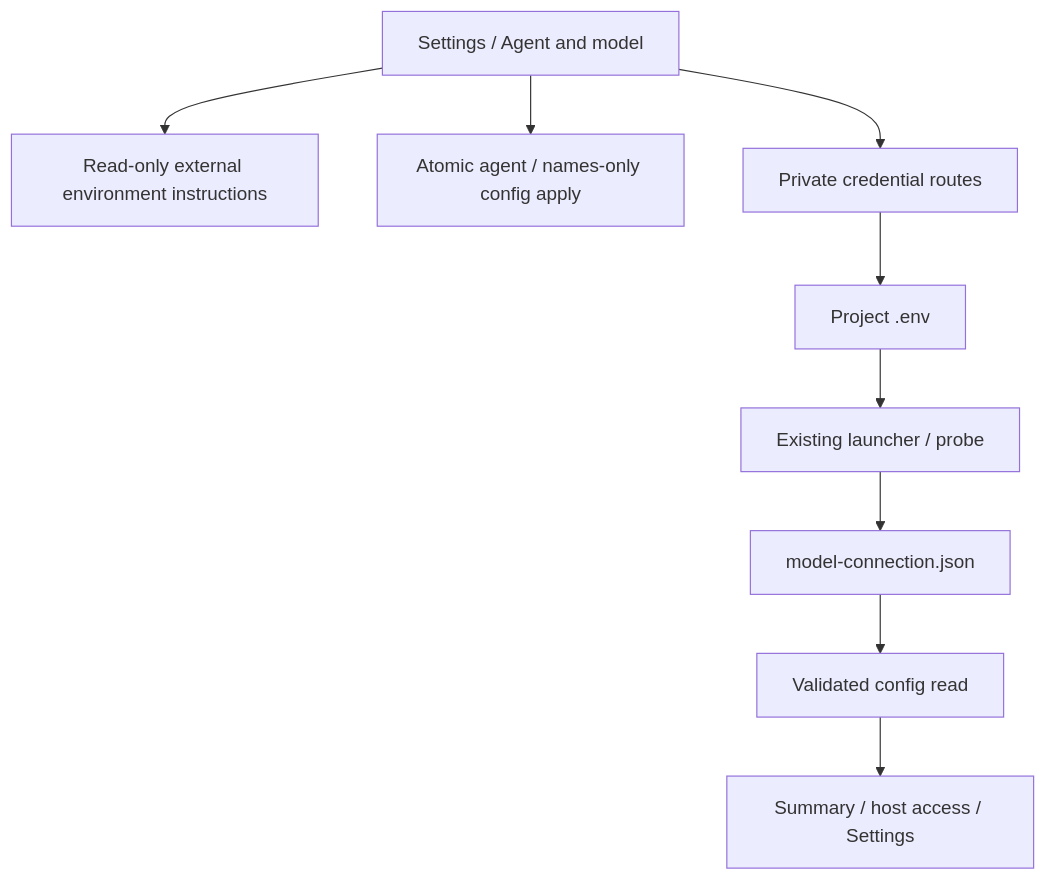
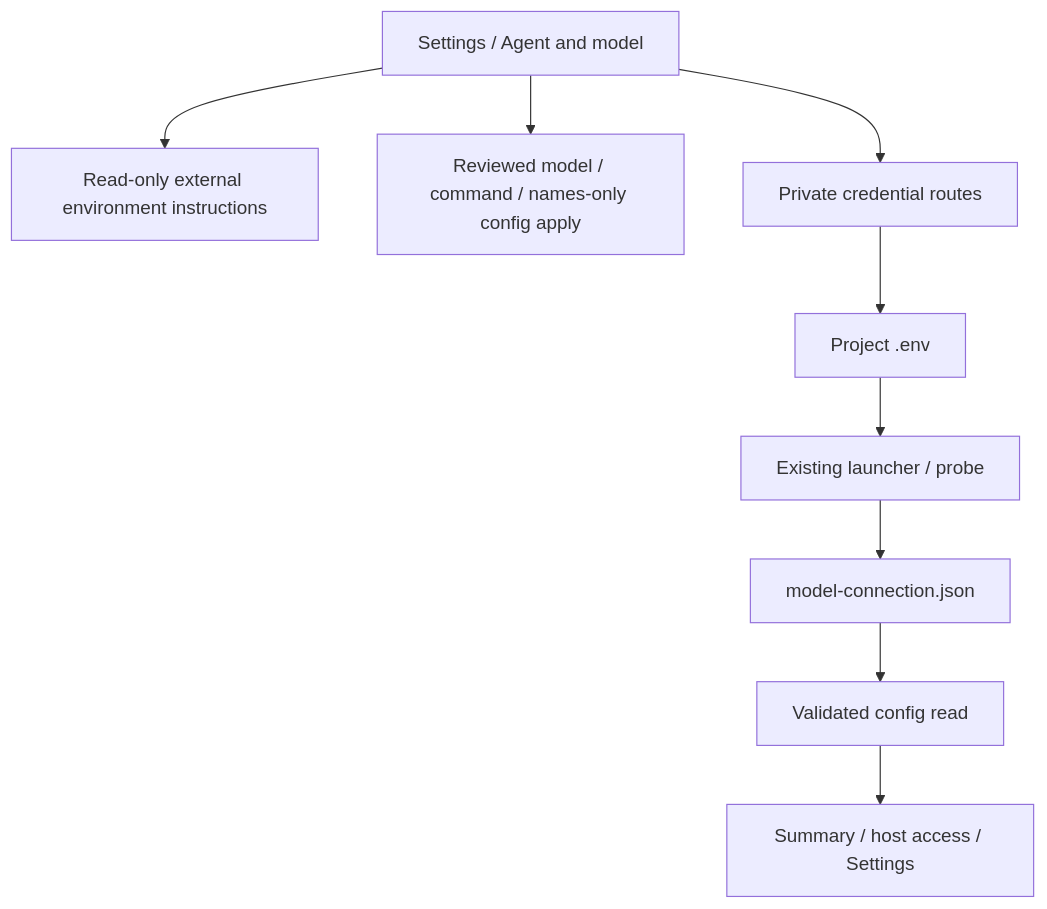
One commit to DDP-Engineering/AgenticDeliveryOrchestratorRuntimeEngine changed the diagram in .agentic/knowledge/executor-configuration.md. Above: the diagram before and after it, drawn with Mermaid. The commit also changed other lines of this file and 184 other files, not shown here.

````diff
--- a/.agentic/knowledge/executor-configuration.md
+++ b/.agentic/knowledge/executor-configuration.md
@@ -47,11 +47,11 @@
 ```mermaid
 flowchart TD
     Tab[Settings / Agent and model] --> Guide[Read-only external environment instructions]
-    Tab --> Candidate[Atomic agent / names-only config apply]
+    Tab --> Candidate[Reviewed model / command / names-only config apply]
     Tab --> Credentials[Private credential routes]
     Credentials --> Env[Project .env]
     Env --> Launcher[Existing launcher / probe]
     Launcher --> Evidence[model-connection.json]
     Evidence --> Config[Validated config read]
     Config --> Summary[Summary / host access / Settings]
 ```
````
